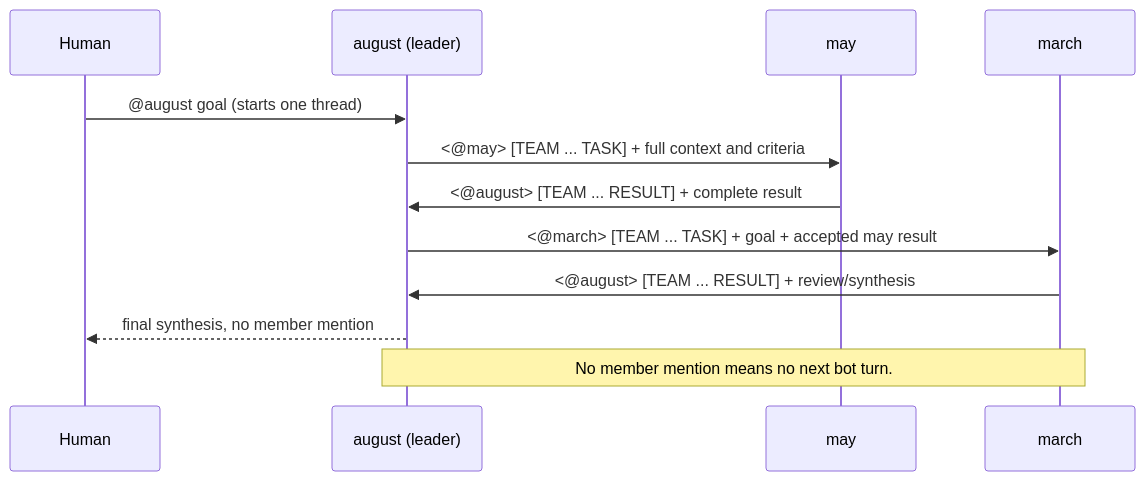
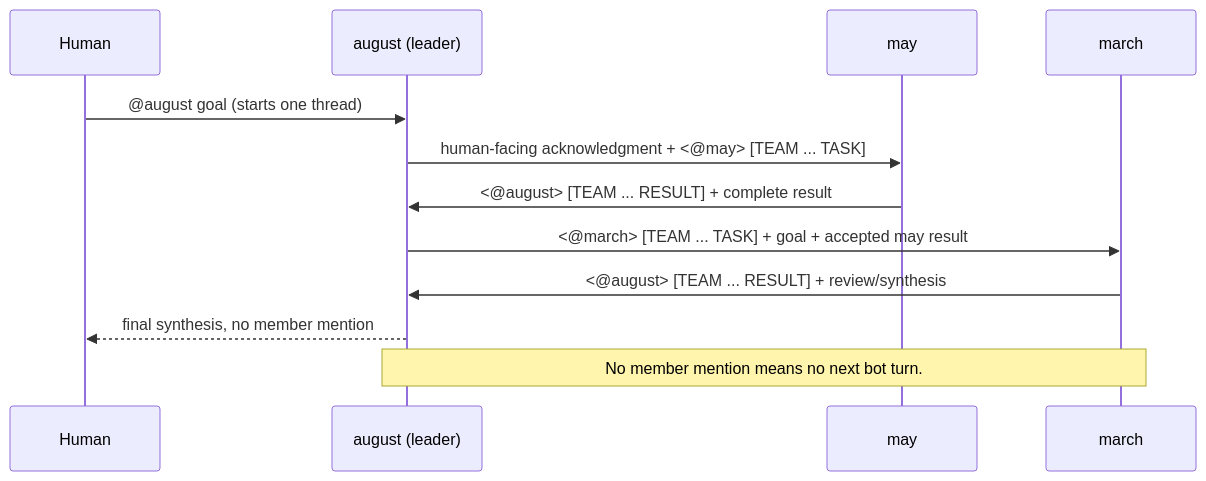
The diagram in docs/advanced/teams/reference.md (jyje/hermes-agent-helm), drawn with Mermaid before and after one commit. The commit also changed other lines of this file and 4 other files, not shown here.

````diff
--- a/docs/advanced/teams/reference.md
+++ b/docs/advanced/teams/reference.md
@@ -285,15 +285,15 @@
 ```mermaid
 sequenceDiagram
     participant H as Human
     participant A as august (leader)
     participant M as may
     participant R as march
 
     H->>A: @august goal (starts one thread)
-    A->>M: <@may> [TEAM ... TASK] + full context and criteria
+    A->>M: human-facing acknowledgment + <@may> [TEAM ... TASK]
     M->>A: <@august> [TEAM ... RESULT] + complete result
     A->>R: <@march> [TEAM ... TASK] + goal + accepted may result
     R->>A: <@august> [TEAM ... RESULT] + review/synthesis
     A-->>H: final synthesis, no member mention
     Note over A,R: No member mention means no next bot turn.
 ```
````
